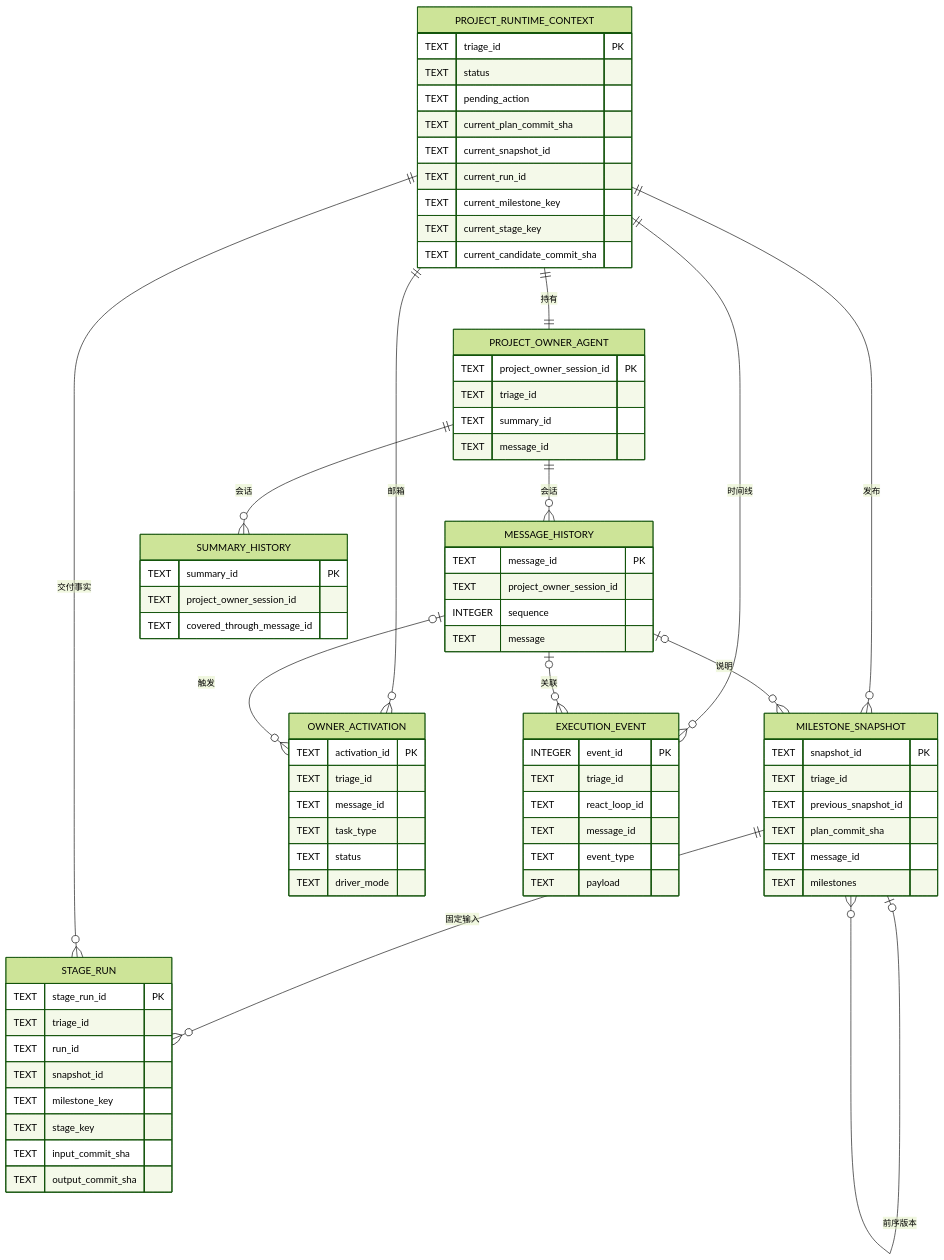
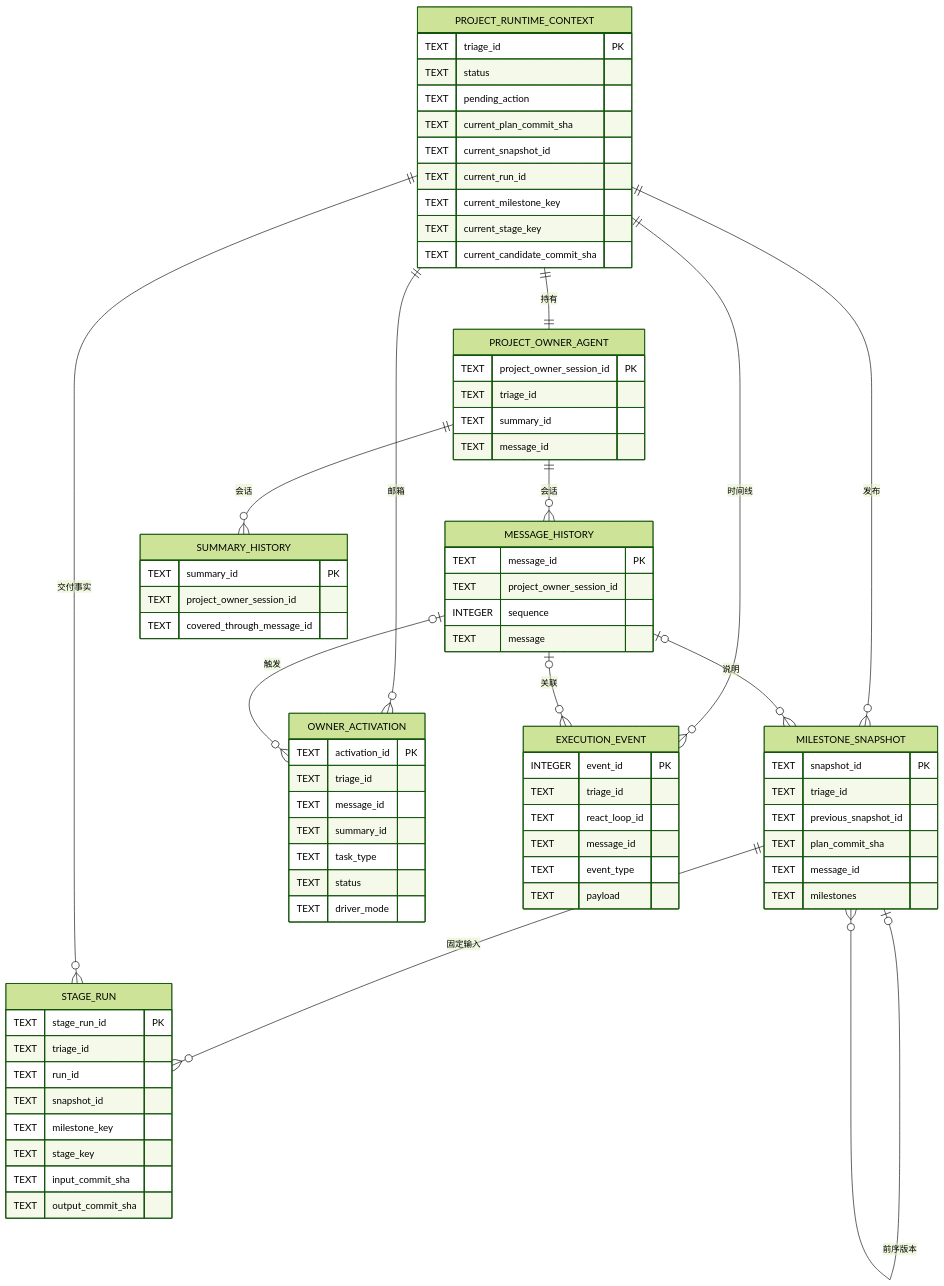
One commit to aowo-1345/AgentPanelX changed the diagram in .codex/skills/agentplanex-project-observe/references/detail.md. Above: the diagram before and after it, drawn with Mermaid (forest theme). The commit also changed other lines of this file and 25 other files, not shown here.

```diff
--- a/.codex/skills/agentplanex-project-observe/references/detail.md
+++ b/.codex/skills/agentplanex-project-observe/references/detail.md
@@ -88,6 +88,7 @@
         TEXT activation_id PK
         TEXT triage_id
         TEXT message_id
+        TEXT summary_id
         TEXT task_type
         TEXT status
         TEXT driver_mode
```
